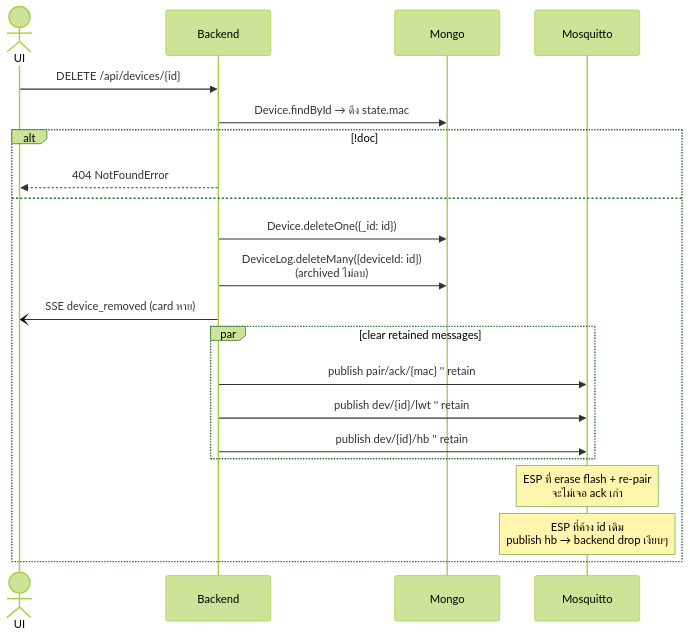
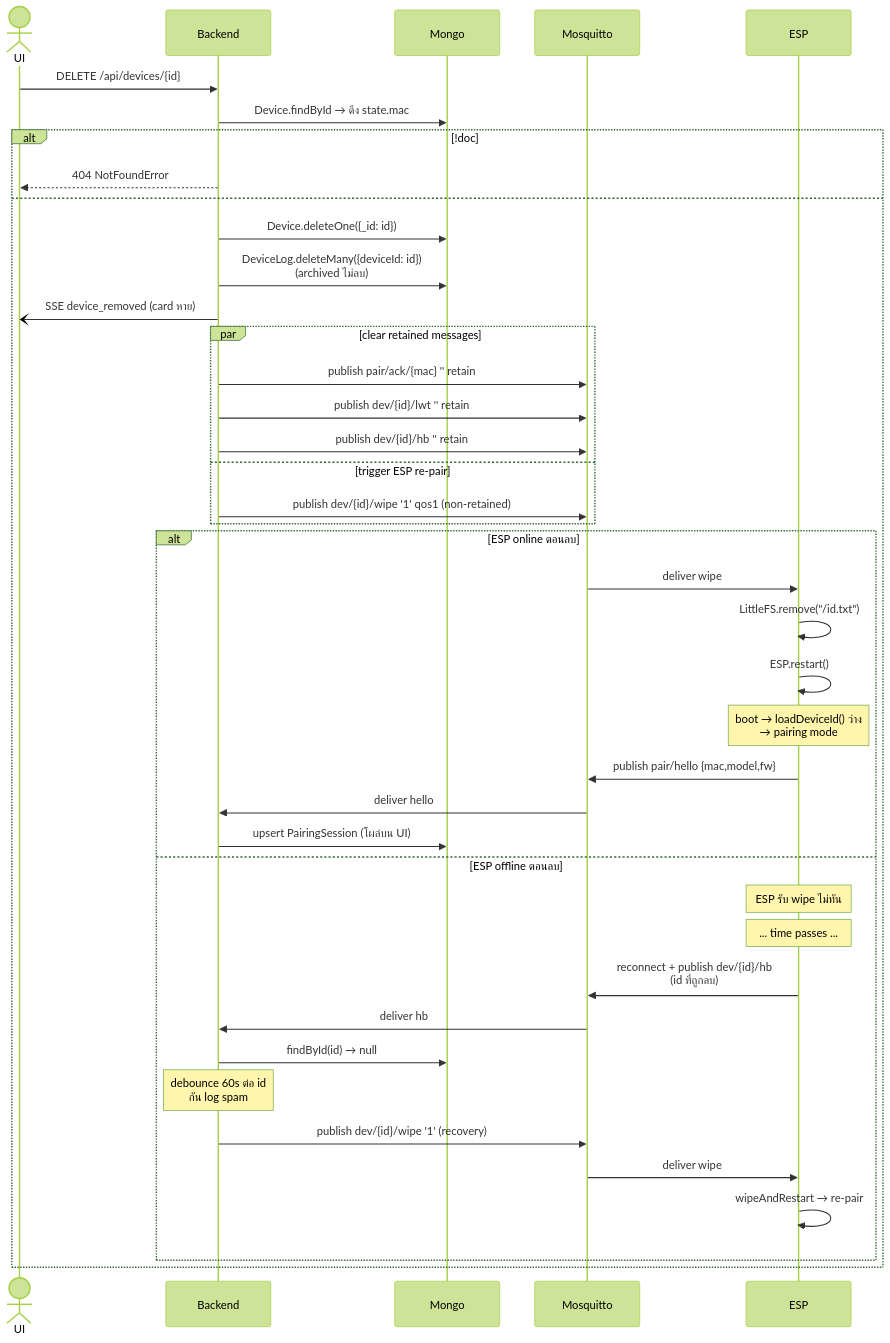
Before and after one commit to natmee2801/sensor-registy: the fifth of 7 diagrams in docs/flows.md, drawn with Mermaid (forest theme). The commit also changed other lines of this file and 4 other files, not shown here.

First line of the commit message:
Auto re-pair on device delete via dev/{id}/wipe signal

````diff
--- a/docs/flows.md
+++ b/docs/flows.md
@@ -172,26 +172,46 @@
 ```mermaid
 sequenceDiagram
   actor U as UI
   participant B as Backend
   participant D as Mongo
   participant M as Mosquitto
+  participant E as ESP
 
   U->>B: DELETE /api/devices/{id}
   B->>D: Device.findById → ดึง state.mac
   alt !doc
     B-->>U: 404 NotFoundError
   else
     B->>D: Device.deleteOne({_id: id})
     B->>D: DeviceLog.deleteMany({deviceId: id})<br/>(archived ไม่ลบ)
     B-)U: SSE device_removed (card หาย)
 
     par clear retained messages
       B->>M: publish pair/ack/{mac} '' retain
       B->>M: publish dev/{id}/lwt '' retain
       B->>M: publish dev/{id}/hb '' retain
+    and trigger ESP re-pair
+      B->>M: publish dev/{id}/wipe '1' qos1 (non-retained)
     end
 
-    Note over M: ESP ที่ erase flash + re-pair<br/>จะไม่เจอ ack เก่า
-    Note over M: ESP ที่ค้าง id เดิม<br/>publish hb → backend drop เงียบๆ
+    alt ESP online ตอนลบ
+      M->>E: deliver wipe
+      E->>E: LittleFS.remove("/id.txt")
+      E->>E: ESP.restart()
+      Note over E: boot → loadDeviceId() ว่าง<br/>→ pairing mode
+      E->>M: publish pair/hello {mac,model,fw}
+      M->>B: deliver hello
+      B->>D: upsert PairingSession (โผล่บน UI)
+    else ESP offline ตอนลบ
+      Note over E: ESP รับ wipe ไม่ทัน
+      Note over E: ... time passes ...
+      E->>M: reconnect + publish dev/{id}/hb<br/>(id ที่ถูกลบ)
+      M->>B: deliver hb
+      B->>D: findById(id) → null
+      Note over B: debounce 60s ต่อ id<br/>กัน log spam
+      B->>M: publish dev/{id}/wipe '1' (recovery)
+      M->>E: deliver wipe
+      E->>E: wipeAndRestart → re-pair
+    end
   end
 ```
````
